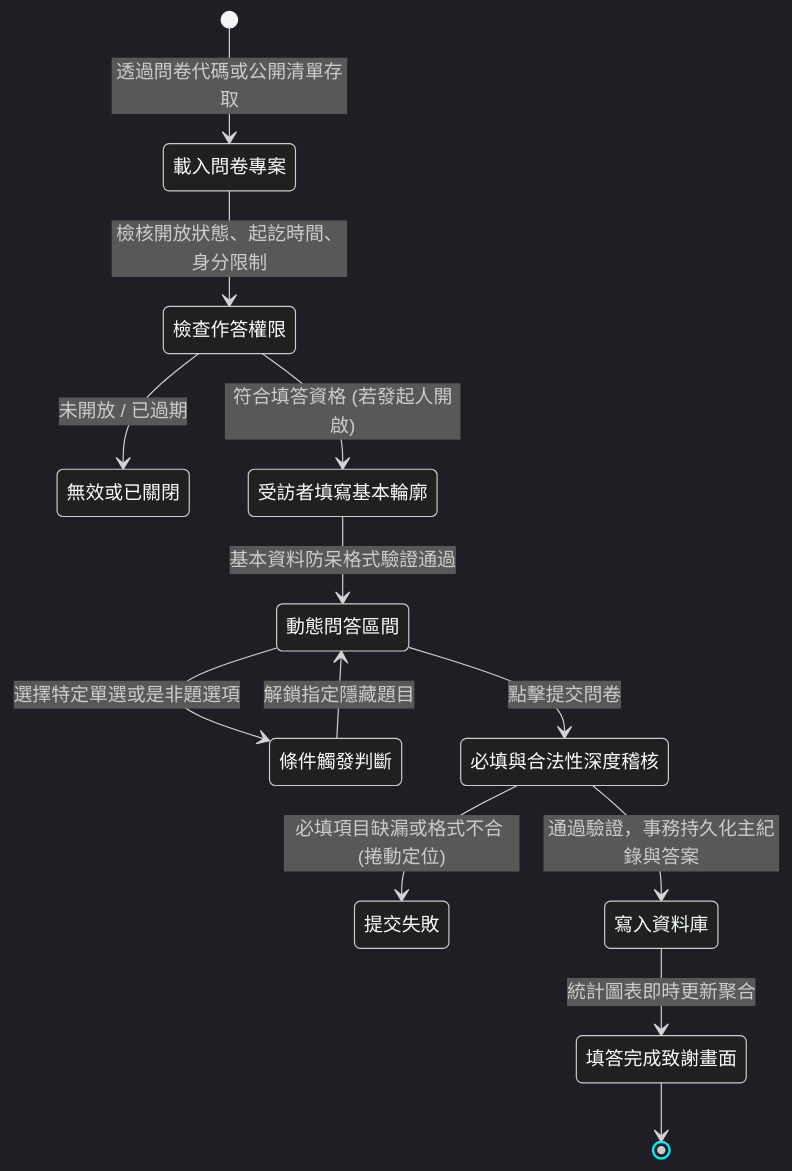
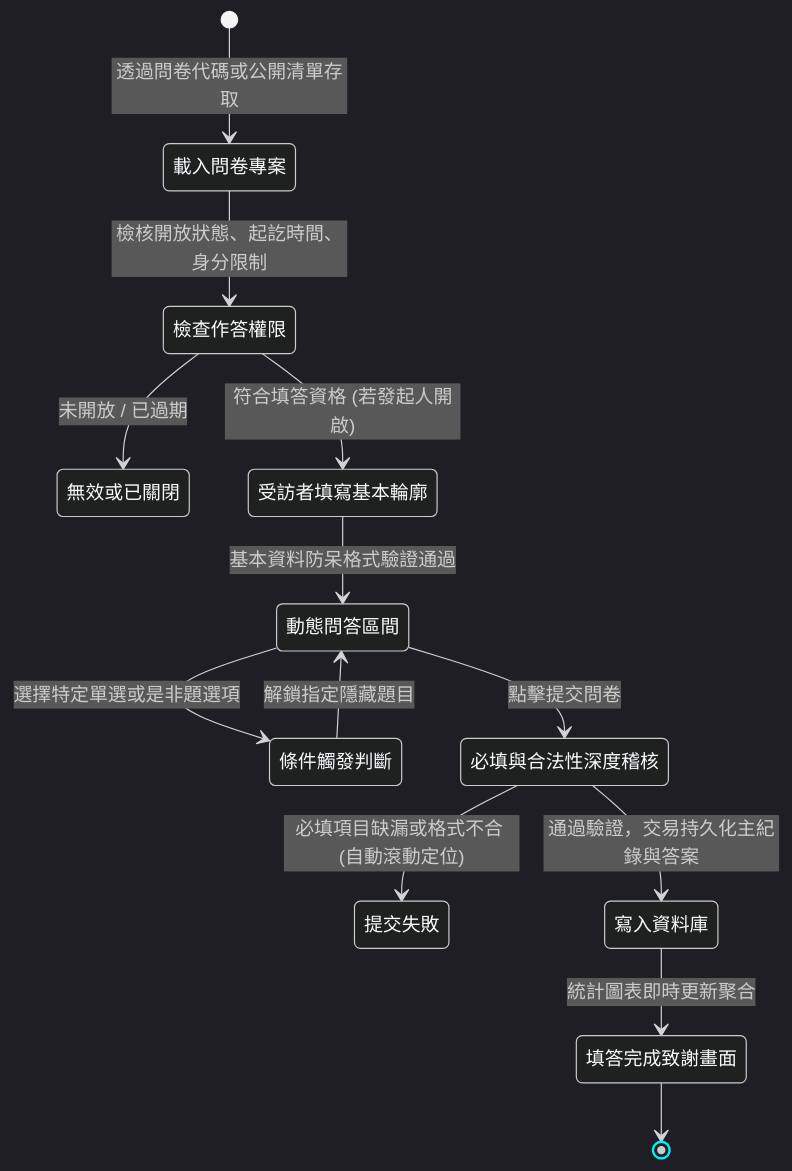
Before and after one commit to EricXJason/survey-flow: the second of 3 diagrams in README.md, drawn with Mermaid. The commit also changed other lines of this file and 17 other files, not shown here.

````diff
--- a/README.md
+++ b/README.md
@@ -76,16 +126,16 @@
 ```mermaid
 %%{init: {'theme': 'dark', 'themeVariables': { 'darkMode': true, 'background': '#030712', 'primaryColor': '#0b0f19', 'primaryTextColor': '#f8fafc', 'primaryBorderColor': '#00f0ff', 'lineColor': '#00f0ff' } }}%%
 stateDiagram-v2
     [*] --> 載入問卷專案: 透過問卷代碼或公開清單存取
     載入問卷專案 --> 檢查作答權限: 檢核開放狀態、起訖時間、身分限制
     檢查作答權限 --> 無效或已關閉: 未開放 / 已過期
     檢查作答權限 --> 受訪者填寫基本輪廓: 符合填答資格 (若發起人開啟)
     受訪者填寫基本輪廓 --> 動態問答區間: 基本資料防呆格式驗證通過
     動態問答區間 --> 條件觸發判斷: 選擇特定單選或是非題選項
     條件觸發判斷 --> 動態問答區間: 解鎖指定隱藏題目
     動態問答區間 --> 必填與合法性深度稽核: 點擊提交問卷
-    必填與合法性深度稽核 --> 提交失敗: 必填項目缺漏或格式不合 (捲動定位)
-    必填與合法性深度稽核 --> 寫入資料庫: 通過驗證，事務持久化主紀錄與答案
+    必填與合法性深度稽核 --> 提交失敗: 必填項目缺漏或格式不合 (自動滾動定位)
+    必填與合法性深度稽核 --> 寫入資料庫: 通過驗證，交易持久化主紀錄與答案
     寫入資料庫 --> 填答完成致謝畫面: 統計圖表即時更新聚合
     填答完成致謝畫面 --> [*]
 ```
````
